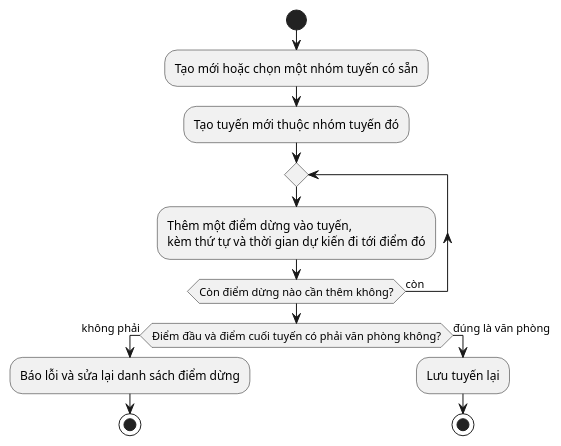
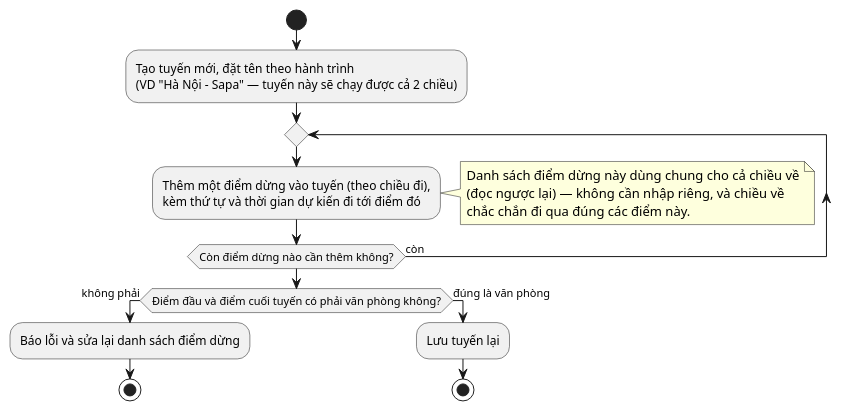
Diagram 40 of 52 in UML_DIAGRAMS.md (nguyenvietanhit19/Project1_HeThongQuanLyNhaXeKhachLienTinh), drawn with PlantUML before and after one commit. The commit also changed other lines of this file and 14 other files, not shown here.

````diff
--- a/UML_DIAGRAMS.md
+++ b/UML_DIAGRAMS.md
@@ -987,17 +988,21 @@
 ```plantuml
 @startuml AD_UC31_TaoTuyen
 start
-:Tạo mới hoặc chọn một nhóm tuyến có sẵn;
-:Tạo tuyến mới thuộc nhóm tuyến đó;
+:Tạo tuyến mới, đặt tên theo hành trình\n(VD "Hà Nội – Sapa" — tuyến này sẽ chạy được cả 2 chiều);
 repeat
-  :Thêm một điểm dừng vào tuyến,\nkèm thứ tự và thời gian dự kiến đi tới điểm đó;
+  :Thêm một điểm dừng vào tuyến (theo chiều đi),\nkèm thứ tự và thời gian dự kiến đi tới điểm đó;
 repeat while (Còn điểm dừng nào cần thêm không?) is (còn)
+note right
+  Danh sách điểm dừng này dùng chung cho cả chiều về
+  (đọc ngược lại) — không cần nhập riêng, và chiều về
+  chắc chắn đi qua đúng các điểm này.
+end note
 if (Điểm đầu và điểm cuối tuyến có phải văn phòng không?) then (không phải)
   :Báo lỗi và sửa lại danh sách điểm dừng;
   stop
 else (đúng là văn phòng)
   :Lưu tuyến lại;
   stop
 endif
 @enduml
 ```
````
